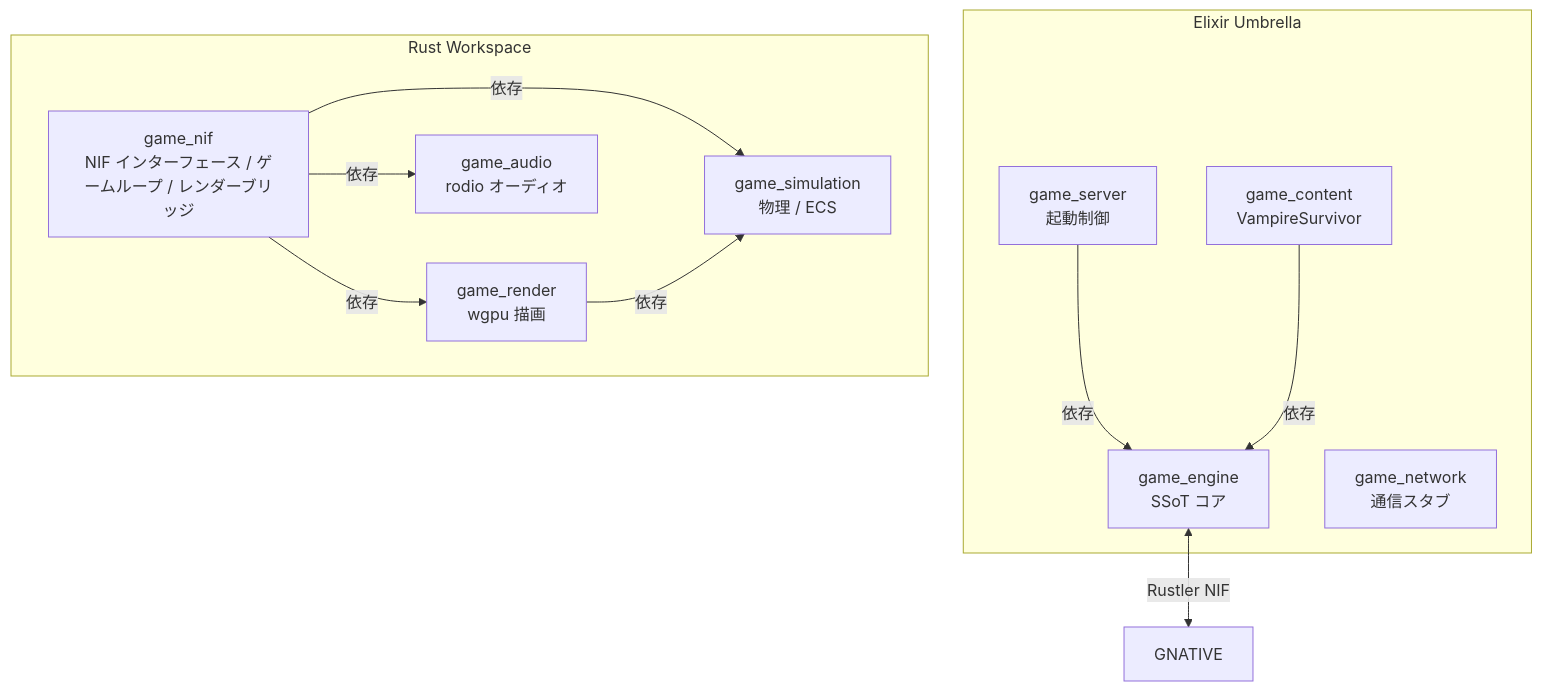
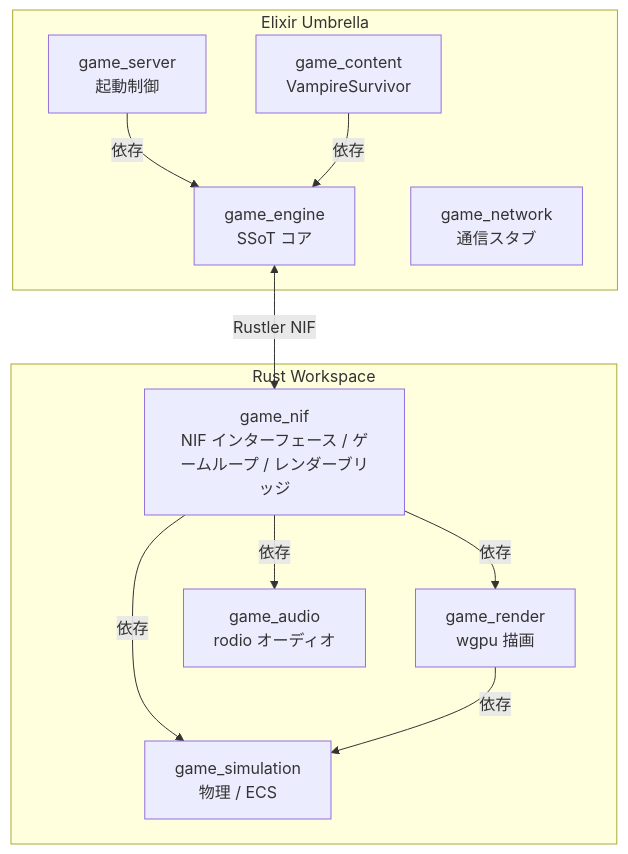
The first of 3 diagrams in docs/architecture-overview.md (FRICK-ELDY/alchemy-engine), drawn with Mermaid before and after one commit. The commit also changed 1 other file, not shown here.

Commit message:
ai check

````diff
--- a/docs/architecture-overview.md
+++ b/docs/architecture-overview.md
@@ -14,24 +14,24 @@
 ```mermaid
 graph TB
     subgraph Elixir["Elixir Umbrella"]
         GS[game_server<br/>起動制御]
         GE[game_engine<br/>SSoT コア]
         GC[game_content<br/>VampireSurvivor]
         GN[game_network<br/>通信スタブ]
         GS -->|依存| GE
         GC -->|依存| GE
     end
 
-    GE <-->|Rustler NIF| GNATIVE
+    GE <-->|Rustler NIF| GNIF
 
     subgraph Rust["Rust Workspace"]
         GNIF[game_nif<br/>NIF インターフェース / ゲームループ / レンダーブリッジ]
         GSIM[game_simulation<br/>物理 / ECS]
         GRENDER[game_render<br/>wgpu 描画]
         GAUDIO[game_audio<br/>rodio オーディオ]
         GNIF -->|依存| GSIM
         GNIF -->|依存| GRENDER
         GNIF -->|依存| GAUDIO
         GRENDER -->|依存| GSIM
     end
 ```
````
